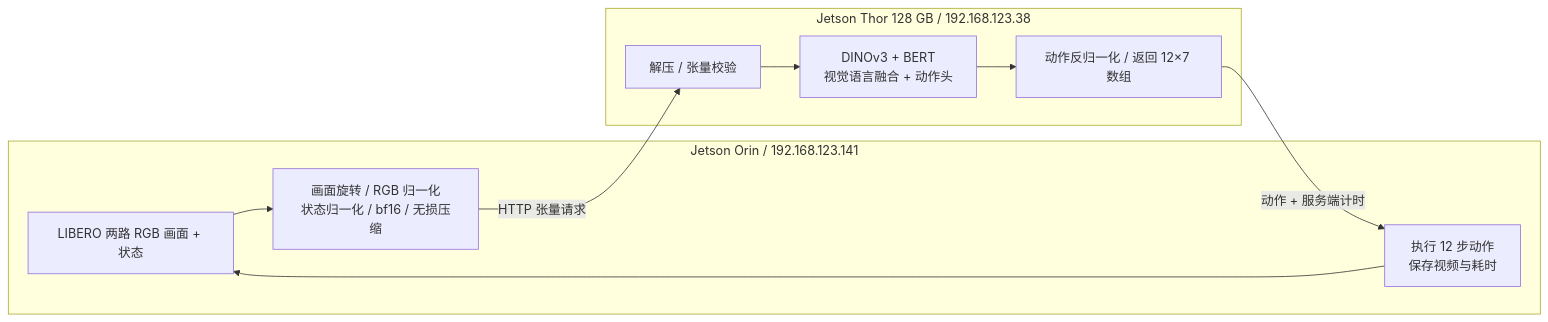
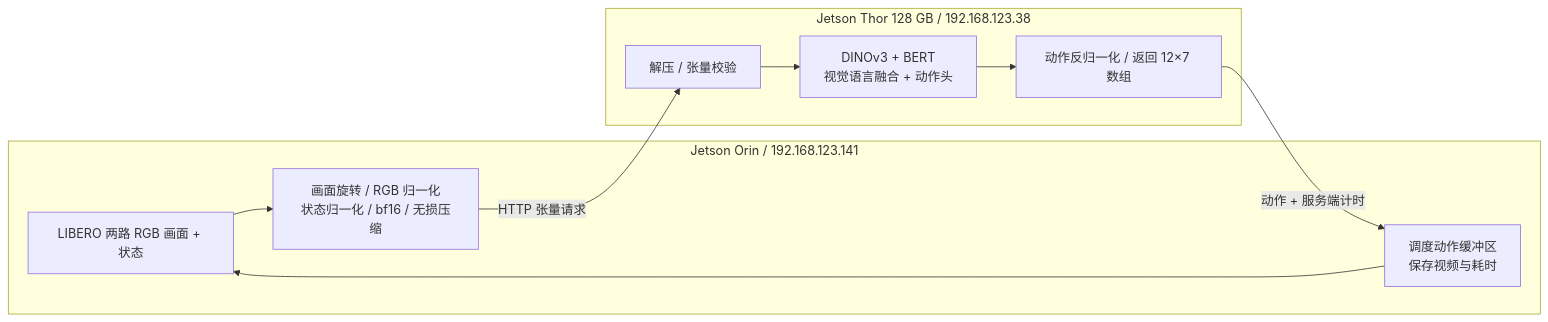
The diagram in experiments/libero/SPLIT_INFERENCE.md (Mr-lwd/TurboVLA-SplitInfer), drawn with Mermaid before and after one commit. The commit also changed other lines of this file and 15 other files, not shown here.

````diff
--- a/experiments/libero/SPLIT_INFERENCE.md
+++ b/experiments/libero/SPLIT_INFERENCE.md
@@ -5,18 +5,18 @@
 ```mermaid
 flowchart LR
     subgraph A[Jetson Orin / 192.168.123.141]
         Camera[LIBERO 两路 RGB 画面 + 状态]
         Pre[画面旋转 / RGB 归一化\n状态归一化 / bf16 / 无损压缩]
-        Control[执行 12 步动作\n保存视频与耗时]
+        Control[调度动作缓冲区\n保存视频与耗时]
         Camera --> Pre
         Control --> Camera
     end
     subgraph B[Jetson Thor 128 GB / 192.168.123.38]
         Receive[解压 / 张量校验]
         Model[DINOv3 + BERT\n视觉语言融合 + 动作头]
         Action[动作反归一化 / 返回 12×7 数组]
         Receive --> Model --> Action
     end
     Pre -->|HTTP 张量请求| Receive
     Action -->|动作 + 服务端计时| Control
 ```
````
